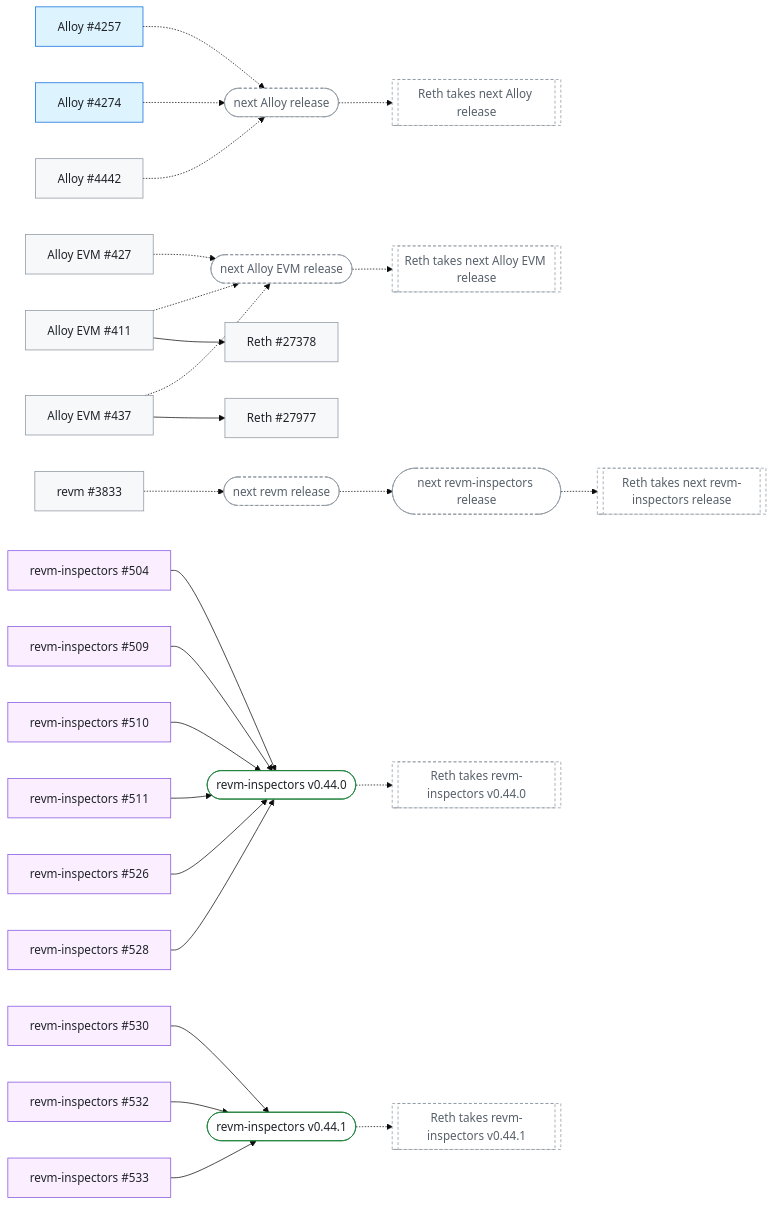
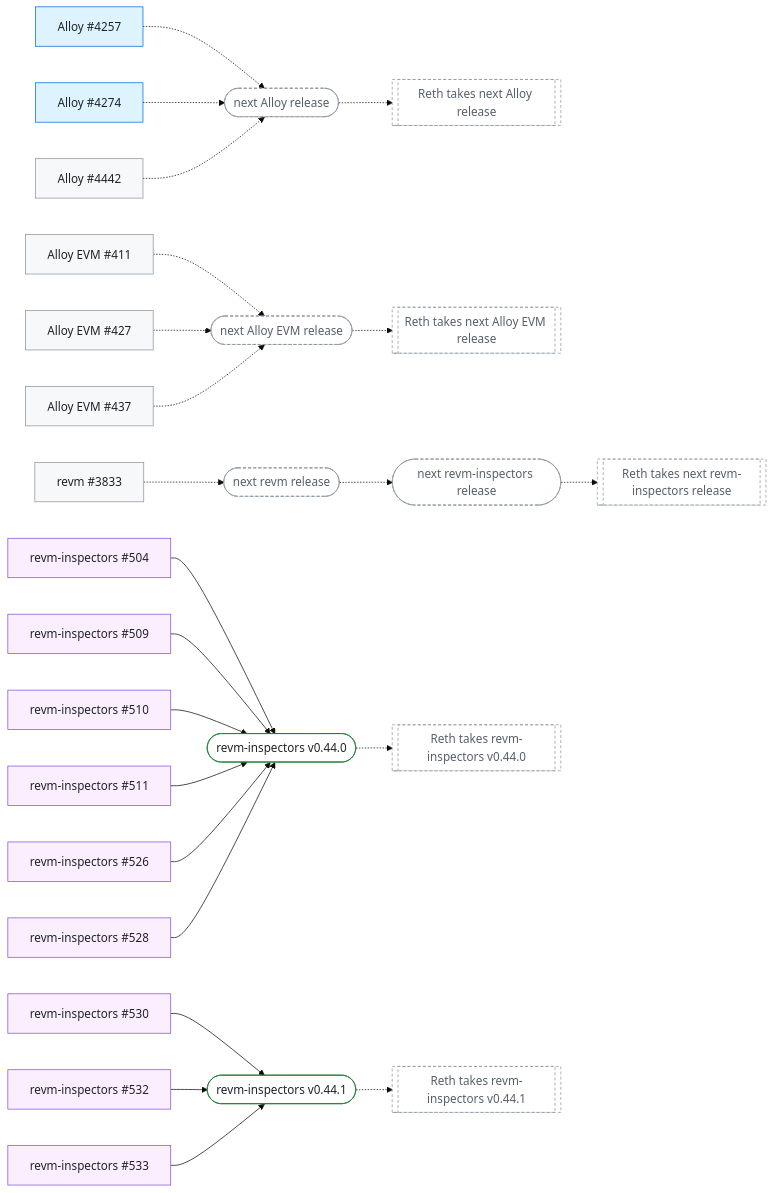
One commit to banteg/trace-interop changed the second of 2 diagrams in docs/client-fixes.md. Above: the diagram before and after it, drawn with Mermaid (base theme). The commit also changed other lines of this file and 13 other files, not shown here.

````diff
--- a/docs/client-fixes.md
+++ b/docs/client-fixes.md
@@ -165,61 +166,57 @@
 ```mermaid
 flowchart LR
   Alloy_4257["Alloy #4257"]:::merged
   next_Alloy_release(["next Alloy release"]):::pending
   Reth_takes_next_Alloy_release[["Reth takes next Alloy release"]]:::pending
   Alloy_4274["Alloy #4274"]:::merged
   Alloy_4442["Alloy #4442"]:::open
   Alloy_EVM_411["Alloy EVM #411"]:::open
   next_Alloy_EVM_release(["next Alloy EVM release"]):::pending
   Reth_takes_next_Alloy_EVM_release[["Reth takes next Alloy EVM release"]]:::pending
   Alloy_EVM_427["Alloy EVM #427"]:::open
   Alloy_EVM_437["Alloy EVM #437"]:::open
-  Reth_27378["Reth #27378"]:::open
-  Reth_27977["Reth #27977"]:::open
   revm_3833["revm #3833"]:::open
   next_revm_release(["next revm release"]):::pending
   next_revm_inspectors_release(["next revm-inspectors release"]):::pending
   Reth_takes_next_revm_inspectors_release[["Reth takes next revm-inspectors release"]]:::pending
   revm_inspectors_504["revm-inspectors #504"]:::released
   revm_inspectors_v0_44_0(["revm-inspectors v0.44.0"]):::done
   Reth_takes_revm_inspectors_v0_44_0[["Reth takes revm-inspectors v0.44.0"]]:::pending
   revm_inspectors_509["revm-inspectors #509"]:::released
   revm_inspectors_510["revm-inspectors #510"]:::released
   revm_inspectors_511["revm-inspectors #511"]:::released
   revm_inspectors_526["revm-inspectors #526"]:::released
   revm_inspectors_528["revm-inspectors #528"]:::released
   revm_inspectors_530["revm-inspectors #530"]:::released
   revm_inspectors_v0_44_1(["revm-inspectors v0.44.1"]):::done
   Reth_takes_revm_inspectors_v0_44_1[["Reth takes revm-inspectors v0.44.1"]]:::pending
   revm_inspectors_532["revm-inspectors #532"]:::released
   revm_inspectors_533["revm-inspectors #533"]:::released
   Alloy_4257 -.-> next_Alloy_release
   next_Alloy_release -.-> Reth_takes_next_Alloy_release
   Alloy_4274 -.-> next_Alloy_release
   Alloy_4442 -.-> next_Alloy_release
   Alloy_EVM_411 -.-> next_Alloy_EVM_release
   next_Alloy_EVM_release -.-> Reth_takes_next_Alloy_EVM_release
   Alloy_EVM_427 -.-> next_Alloy_EVM_release
   Alloy_EVM_437 -.-> next_Alloy_EVM_release
-  Alloy_EVM_411 --> Reth_27378
-  Alloy_EVM_437 --> Reth_27977
   revm_3833 -.-> next_revm_release
   next_revm_release -.-> next_revm_inspectors_release
   next_revm_inspectors_release -.-> Reth_takes_next_revm_inspectors_release
   revm_inspectors_504 --> revm_inspectors_v0_44_0
   revm_inspectors_v0_44_0 -.-> Reth_takes_revm_inspectors_v0_44_0
   revm_inspectors_509 --> revm_inspectors_v0_44_0
   revm_inspectors_510 --> revm_inspectors_v0_44_0
   revm_inspectors_511 --> revm_inspectors_v0_44_0
   revm_inspectors_526 --> revm_inspectors_v0_44_0
   revm_inspectors_528 --> revm_inspectors_v0_44_0
   revm_inspectors_530 --> revm_inspectors_v0_44_1
   revm_inspectors_v0_44_1 -.-> Reth_takes_revm_inspectors_v0_44_1
   revm_inspectors_532 --> revm_inspectors_v0_44_1
   revm_inspectors_533 --> revm_inspectors_v0_44_1
   classDef open fill:#f6f8fa,stroke:#8c959f,color:#1f2328
   classDef merged fill:#ddf4ff,stroke:#0969da,color:#1f2328
   classDef released fill:#fbefff,stroke:#8250df,color:#1f2328
   classDef done fill:#ffffff,stroke:#1a7f37,color:#1f2328
   classDef pending fill:#ffffff,stroke:#8c959f,stroke-dasharray:4 3,color:#57606a
 ```
````
